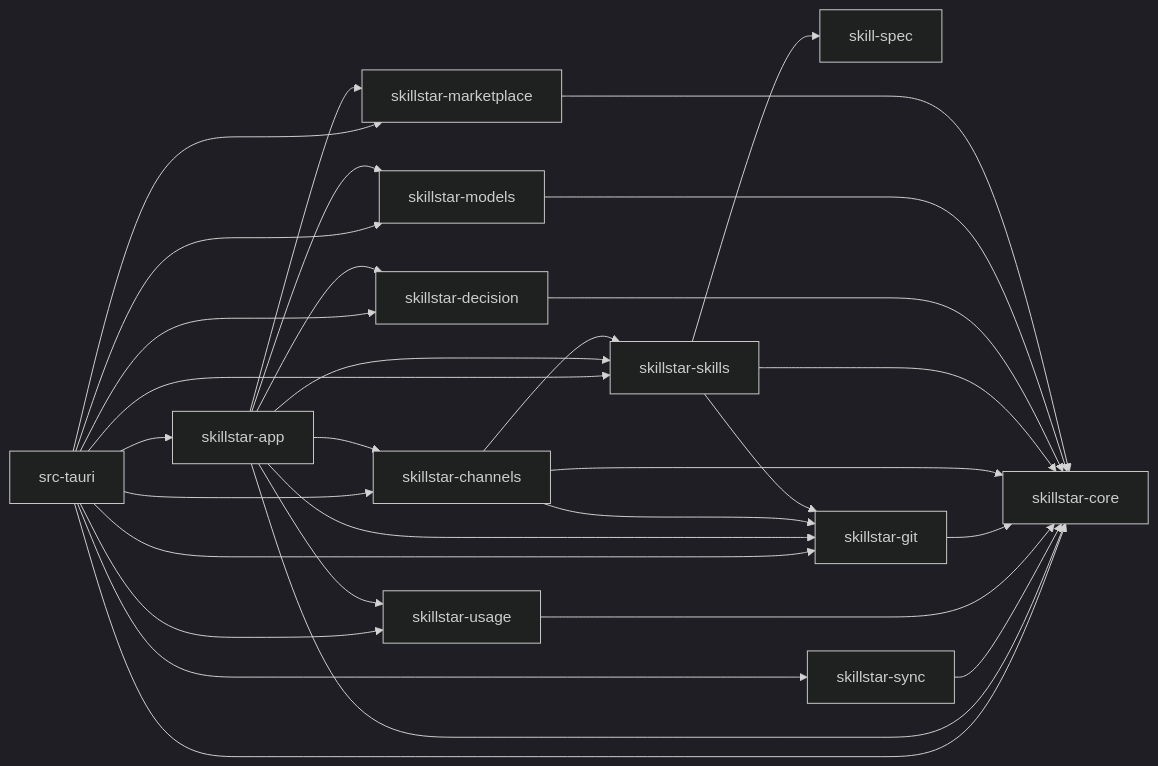
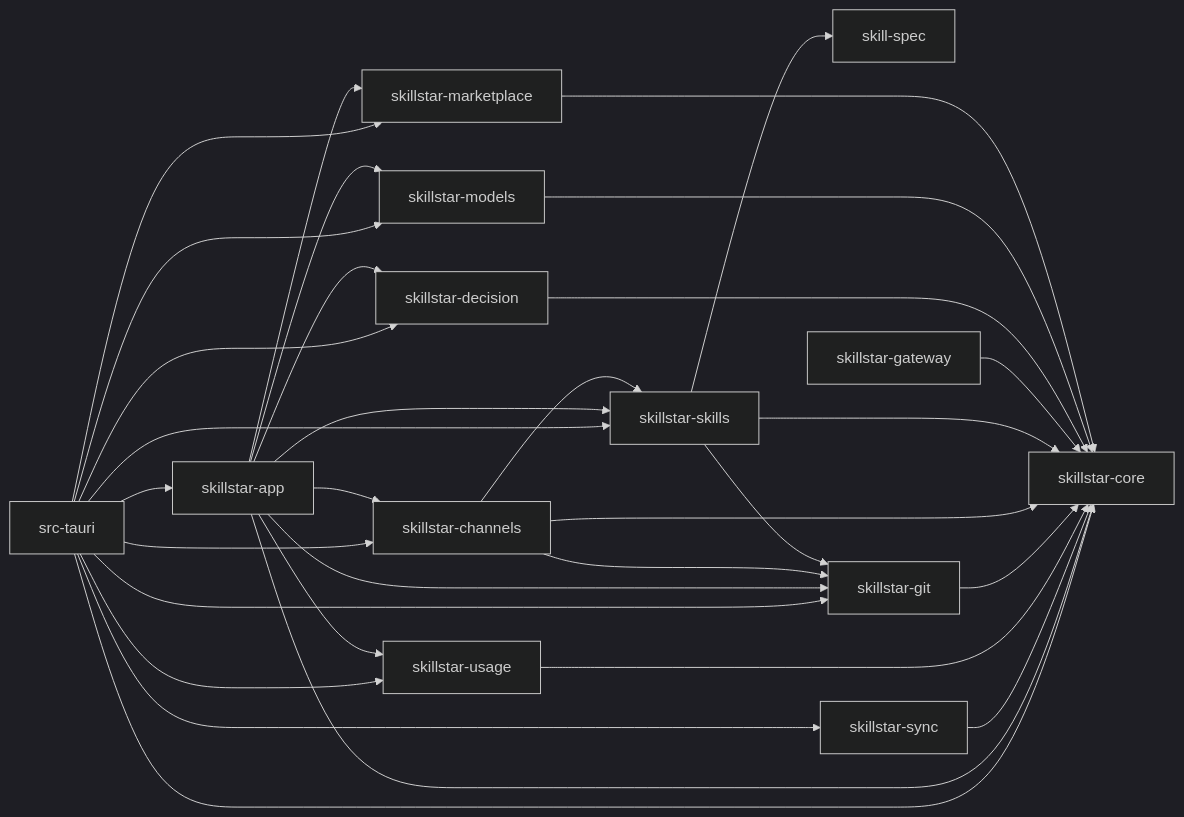
Before and after one commit to xxww0098/SkillStar: the diagram in docs/boundaries.md, drawn with Mermaid (dark theme). The commit also changed other lines of this file and 60 other files, not shown here.

````diff
--- a/docs/boundaries.md
+++ b/docs/boundaries.md
@@ -68,46 +70,48 @@
 ```mermaid
 flowchart LR
   spec["skill-spec"]
   core["skillstar-core"]
   git["skillstar-git"]
   skills["skillstar-skills"]
   channels["skillstar-channels"]
   market["skillstar-marketplace"]
   models["skillstar-models"]
   decision["skillstar-decision"]
+  gateway["skillstar-gateway"]
   usage["skillstar-usage"]
   sync["skillstar-sync"]
   app["skillstar-app"]
   tauri["src-tauri"]
 
   market --> core
   models --> core
   decision --> core
+  gateway --> core
   skills --> spec
   skills --> core
   skills --> git
   channels --> core
   channels --> git
   channels --> skills
   git --> core
   usage --> core
   sync --> core
   app --> core
   app --> skills
   app --> git
   app --> channels
   app --> market
   app --> models
   app --> decision
   app --> usage
   tauri --> app
   tauri --> core
   tauri --> skills
   tauri --> git
   tauri --> channels
   tauri --> market
   tauri --> models
   tauri --> decision
   tauri --> usage
   tauri --> sync
 ```
````
